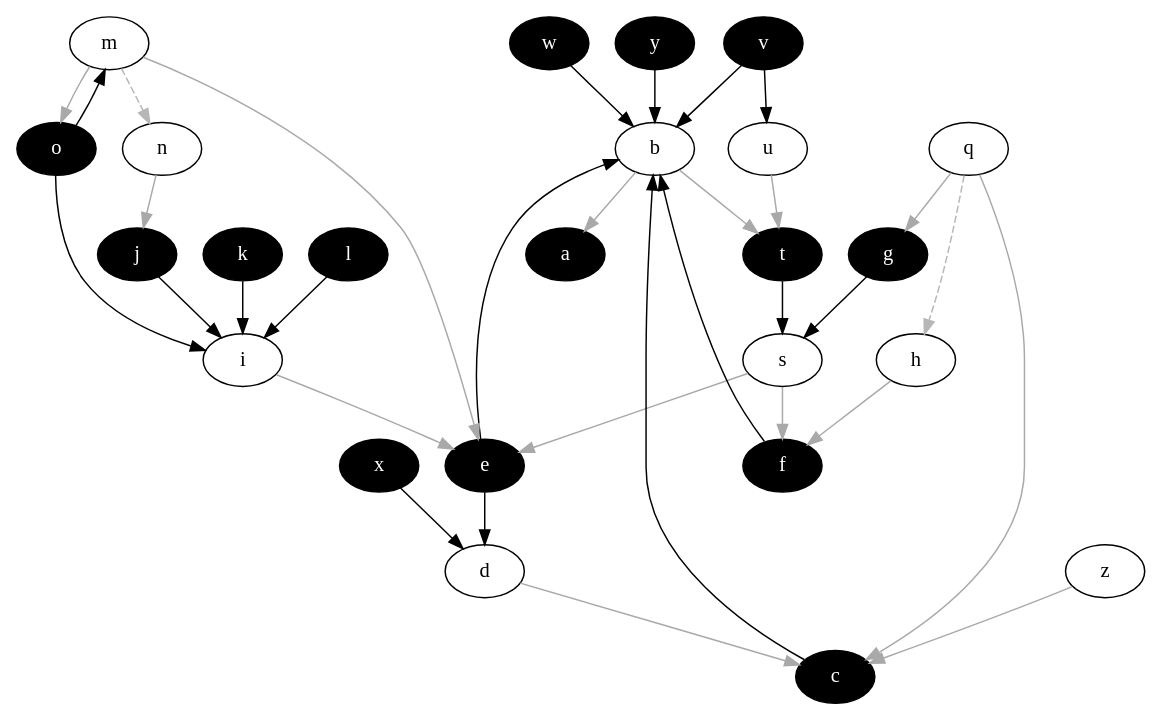
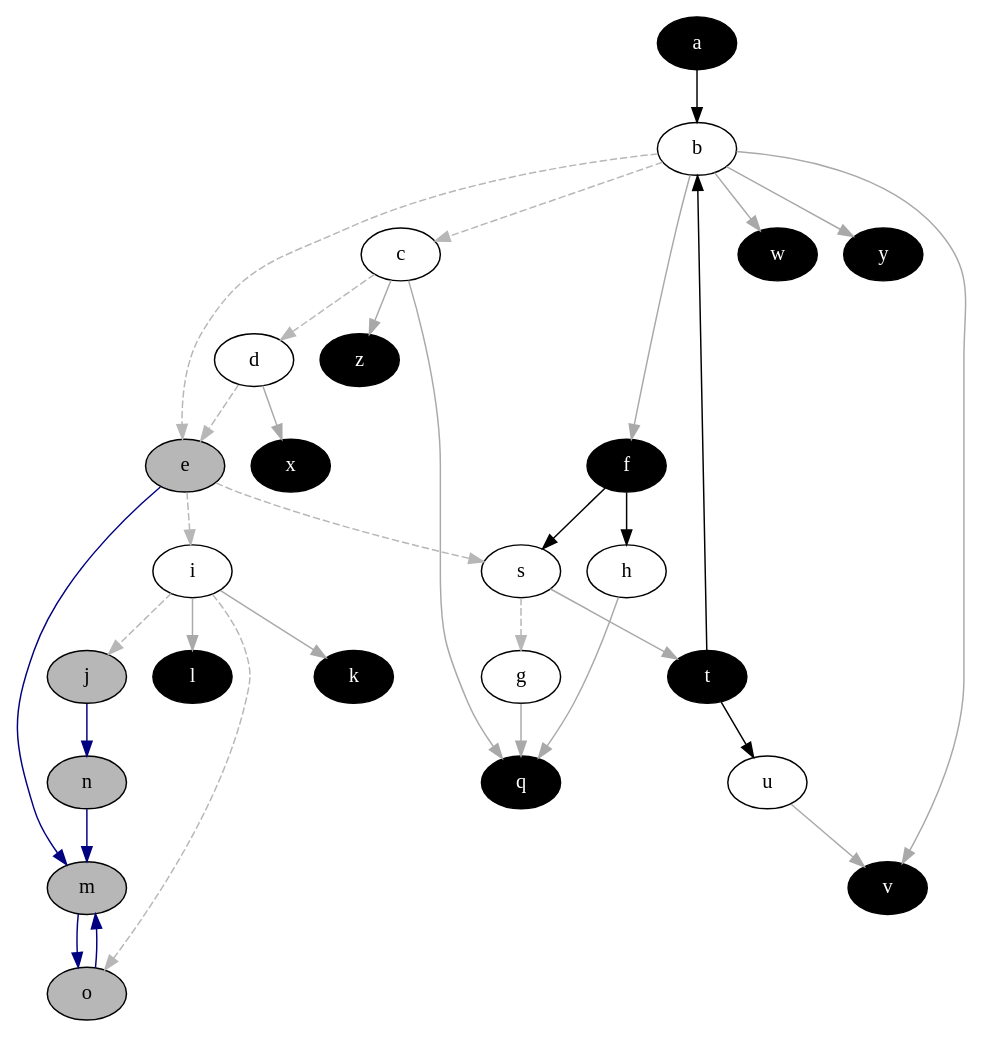
Before and after one commit to idaks/Games-and-Argumentation: the diagram in XLoKR-2023/1-Vanilla_version/output/kernel_graph_colored.dot, drawn with Graphviz. The commit also changed 25 other files, not shown here.

Commit message:
fix the input graph

```diff
--- a/XLoKR-2023/1-Vanilla_version/output/kernel_graph_colored.dot
+++ b/XLoKR-2023/1-Vanilla_version/output/kernel_graph_colored.dot
@@ -1,130 +1,134 @@
 strict digraph "" {
-	b	[fillcolor="#ffffff",
-		style=filled];
 	a	[fillcolor="#000000",
 		fontcolor="#ffffff",
 		style=filled];
-	b -> a	[color="#A9A9A9",
+	b	[fillcolor="#ffffff",
+		style=filled];
+	a -> b	[color="#000000",
+		dir=forward];
+	c	[fillcolor="#ffffff",
+		style=filled];
+	b -> c	[color="#b7b7b7",
+		dir=forward,
+		style=dashed];
+	e	[fillcolor="#b7b7b7",
+		style=filled];
+	b -> e	[color="#b7b7b7",
+		dir=forward,
+		style=dashed];
+	f	[fillcolor="#000000",
+		fontcolor="#ffffff",
+		style=filled];
+	b -> f	[color="#A9A9A9",
+		dir=forward];
+	v	[fillcolor="#000000",
+		fontcolor="#ffffff",
+		style=filled];
+	b -> v	[color="#A9A9A9",
+		dir=forward];
+	w	[fillcolor="#000000",
+		fontcolor="#ffffff",
+		style=filled];
+	b -> w	[color="#A9A9A9",
+		dir=forward];
+	y	[fillcolor="#000000",
+		fontcolor="#ffffff",
+		style=filled];
+	b -> y	[color="#A9A9A9",
+		dir=forward];
+	d	[fillcolor="#ffffff",
+		style=filled];
+	c -> d	[color="#b7b7b7",
+		dir=forward,
+		style=dashed];
+	q	[fillcolor="#000000",
+		fontcolor="#ffffff",
+		style=filled];
+	c -> q	[color="#A9A9A9",
+		dir=forward];
+	z	[fillcolor="#000000",
+		fontcolor="#ffffff",
+		style=filled];
+	c -> z	[color="#A9A9A9",
+		dir=forward];
+	s	[fillcolor="#ffffff",
+		style=filled];
+	e -> s	[color="#b7b7b7",
+		dir=forward,
+		style=dashed];
+	i	[fillcolor="#ffffff",
+		style=filled];
+	e -> i	[color="#b7b7b7",
+		dir=forward,
+		style=dashed];
+	m	[fillcolor="#b7b7b7",
+		style=filled];
+	e -> m	[color="#000080",
+		dir=forward];
+	f -> s	[color="#000000",
+		dir=forward];
+	h	[fillcolor="#ffffff",
+		style=filled];
+	f -> h	[color="#000000",
 		dir=forward];
 	t	[fillcolor="#000000",
 		fontcolor="#ffffff",
 		style=filled];
-	b -> t	[color="#A9A9A9",
+	t -> b	[color="#000000",
 		dir=forward];
-	s	[fillcolor="#ffffff",
+	u	[fillcolor="#ffffff",
 		style=filled];
-	t -> s	[color="#000000",
+	t -> u	[color="#000000",
 		dir=forward];
-	e	[fillcolor="#000000",
+	u -> v	[color="#A9A9A9",
+		dir=forward];
+	d -> e	[color="#b7b7b7",
+		dir=forward,
+		style=dashed];
+	x	[fillcolor="#000000",
 		fontcolor="#ffffff",
 		style=filled];
-	s -> e	[color="#A9A9A9",
+	d -> x	[color="#A9A9A9",
 		dir=forward];
-	f	[fillcolor="#000000",
-		fontcolor="#ffffff",
+	s -> t	[color="#A9A9A9",
+		dir=forward];
+	g	[fillcolor="#ffffff",
 		style=filled];
-	s -> f	[color="#A9A9A9",
-		dir=forward];
-	c	[fillcolor="#000000",
-		fontcolor="#ffffff",
+	s -> g	[color="#b7b7b7",
+		dir=forward,
+		style=dashed];
+	j	[fillcolor="#b7b7b7",
 		style=filled];
-	c -> b	[color="#000000",
-		dir=forward];
-	d	[fillcolor="#ffffff",
-		style=filled];
-	d -> c	[color="#A9A9A9",
-		dir=forward];
-	e -> b	[color="#000000",
-		dir=forward];
-	e -> d	[color="#000000",
-		dir=forward];
-	f -> b	[color="#000000",
-		dir=forward];
-	g	[fillcolor="#000000",
-		fontcolor="#ffffff",
-		style=filled];
-	g -> s	[color="#000000",
-		dir=forward];
-	h	[fillcolor="#ffffff",
-		style=filled];
-	h -> f	[color="#A9A9A9",
-		dir=forward];
-	i	[fillcolor="#ffffff",
-		style=filled];
-	i -> e	[color="#A9A9A9",
-		dir=forward];
-	j	[fillcolor="#000000",
-		fontcolor="#ffffff",
-		style=filled];
-	j -> i	[color="#000000",
-		dir=forward];
+	i -> j	[color="#b7b7b7",
+		dir=forward,
+		style=dashed];
 	k	[fillcolor="#000000",
 		fontcolor="#ffffff",
 		style=filled];
-	k -> i	[color="#000000",
+	i -> k	[color="#A9A9A9",
 		dir=forward];
 	l	[fillcolor="#000000",
 		fontcolor="#ffffff",
 		style=filled];
-	l -> i	[color="#000000",
+	i -> l	[color="#A9A9A9",
 		dir=forward];
-	m	[fillcolor="#ffffff",
+	o	[fillcolor="#b7b7b7",
 		style=filled];
-	m -> e	[color="#A9A9A9",
-		dir=forward];
-	o	[fillcolor="#000000",
-		fontcolor="#ffffff",
-		style=filled];
-	m -> o	[color="#A9A9A9",
-		dir=forward];
-	n	[fillcolor="#ffffff",
-		style=filled];
-	m -> n	[color="#b7b7b7",
+	i -> o	[color="#b7b7b7",
 		dir=forward,
 		style=dashed];
-	o -> i	[color="#000000",
+	m -> o	[color="#000080",
 		dir=forward];
-	o -> m	[color="#000000",
+	h -> q	[color="#A9A9A9",
 		dir=forward];
-	n -> j	[color="#A9A9A9",
+	g -> q	[color="#A9A9A9",
 		dir=forward];
-	q	[fillcolor="#ffffff",
+	n	[fillcolor="#b7b7b7",
 		style=filled];
-	q -> c	[color="#A9A9A9",
+	j -> n	[color="#000080",
 		dir=forward];
-	q -> g	[color="#A9A9A9",
+	o -> m	[color="#000080",
 		dir=forward];
-	q -> h	[color="#b7b7b7",
-		dir=forward,
-		style=dashed];
-	u	[fillcolor="#ffffff",
-		style=filled];
-	u -> t	[color="#A9A9A9",
-		dir=forward];
-	v	[fillcolor="#000000",
-		fontcolor="#ffffff",
-		style=filled];
-	v -> b	[color="#000000",
-		dir=forward];
-	v -> u	[color="#000000",
-		dir=forward];
-	w	[fillcolor="#000000",
-		fontcolor="#ffffff",
-		style=filled];
-	w -> b	[color="#000000",
-		dir=forward];
-	x	[fillcolor="#000000",
-		fontcolor="#ffffff",
-		style=filled];
-	x -> d	[color="#000000",
-		dir=forward];
-	y	[fillcolor="#000000",
-		fontcolor="#ffffff",
-		style=filled];
-	y -> b	[color="#000000",
-		dir=forward];
-	z	[fillcolor="#ffffff",
-		style=filled];
-	z -> c	[color="#A9A9A9",
+	n -> m	[color="#000080",
 		dir=forward];
 }
```
